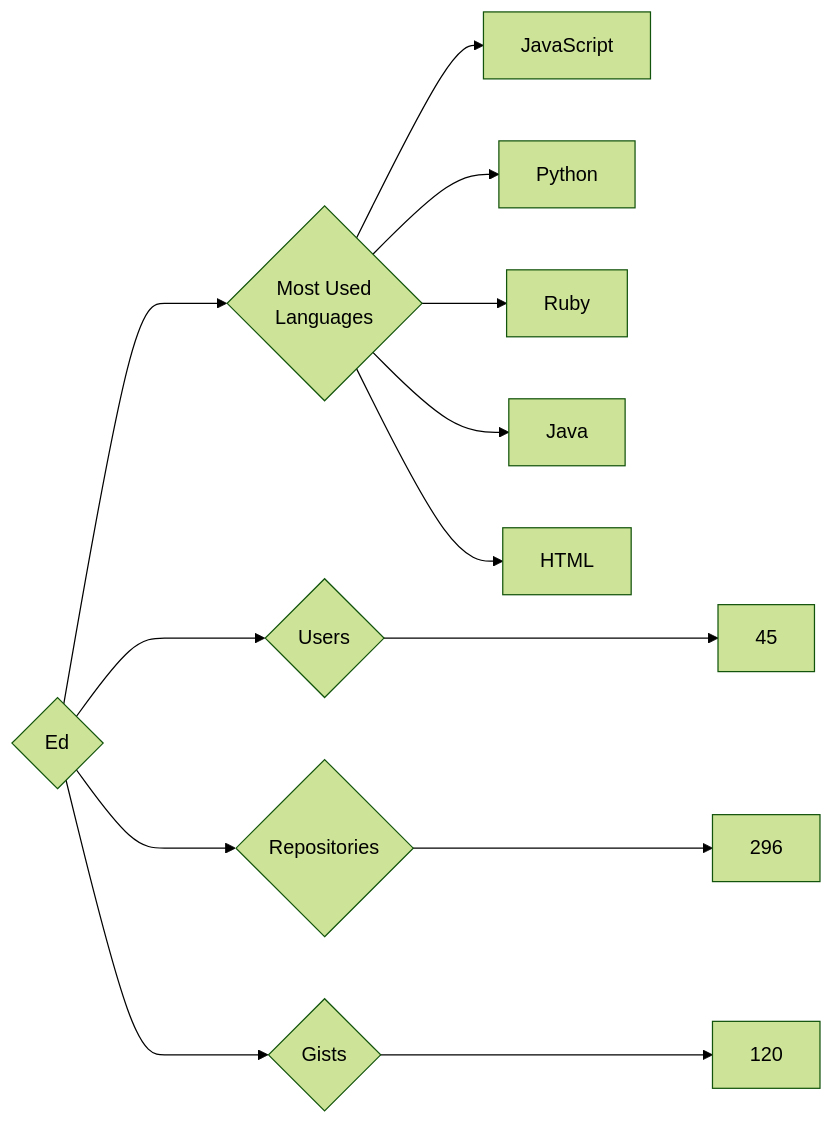
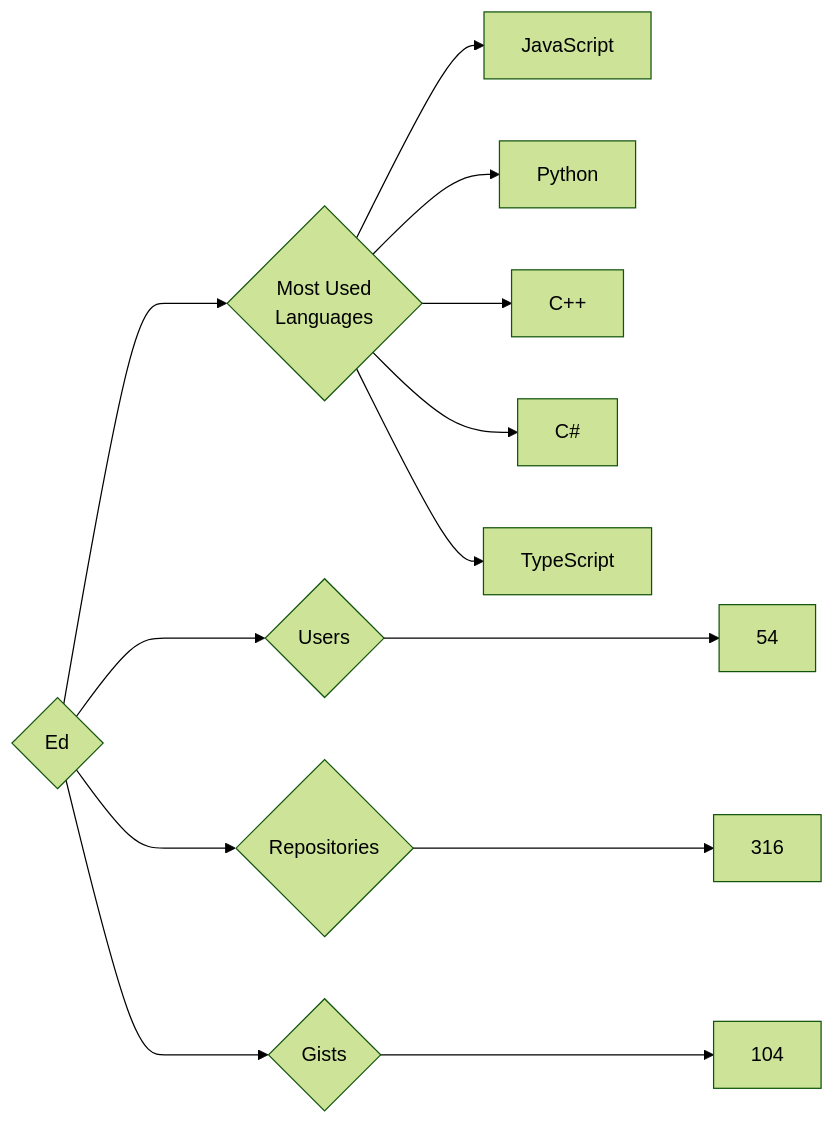
Before and after one commit to trickest/insiders: the diagram in targets/Ed/README.md, drawn with Mermaid (forest theme). The commit also changed 1084 other files, not shown here.

````diff
--- a/targets/Ed/README.md
+++ b/targets/Ed/README.md
@@ -3,13 +3,13 @@
 ```mermaid
 graph LR
 COMPANY_NAME{Ed}
-COMPANY_NAME ---> U{Users} ---> UN[45]
-COMPANY_NAME ---> R{Repositories} ---> RN[296]
-COMPANY_NAME ---> G{Gists} ---> GN[120]
+COMPANY_NAME ---> U{Users} ---> UN[54]
+COMPANY_NAME ---> R{Repositories} ---> RN[316]
+COMPANY_NAME ---> G{Gists} ---> GN[104]
 COMPANY_NAME ---> ML{Most Used<br>Languages}
 ML --> JavaScript[JavaScript]
 ML --> Python[Python]
-ML --> Ruby[Ruby]
-ML --> Java[Java]
-ML --> HTML[HTML]
+ML --> C++[C++]
+ML --> C#[C#]
+ML --> TypeScript[TypeScript]
 ```
````
